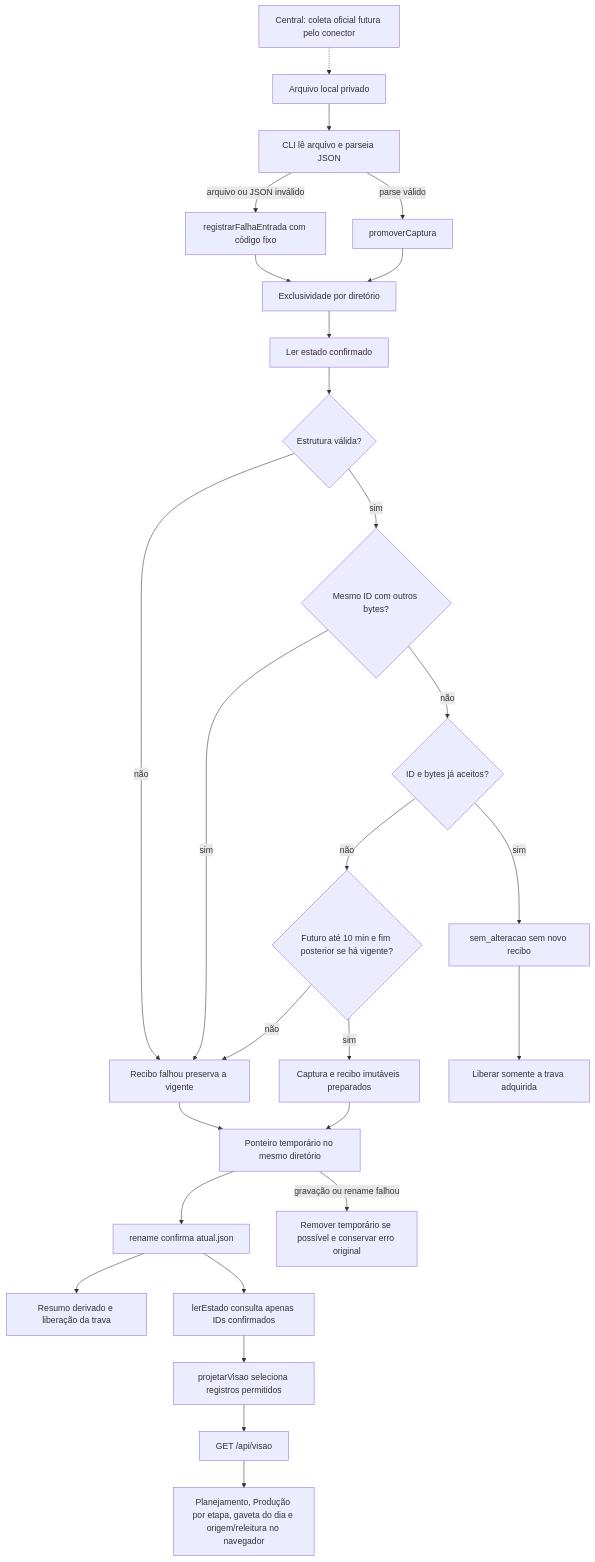
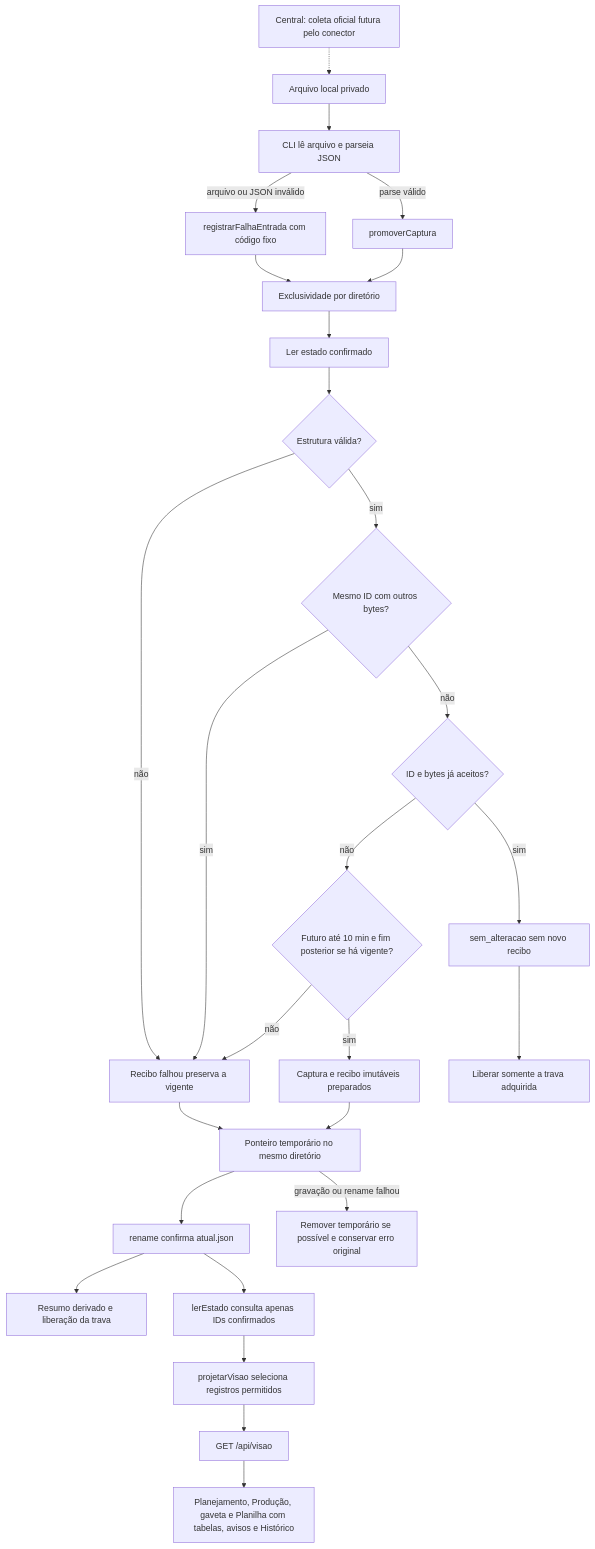
One commit to Browsher/crm-social changed the second of 4 diagrams in docs/architecture.md. Above: the diagram before and after it, drawn with Mermaid. The commit also changed other lines of this file and 19 other files, not shown here.

````diff
--- a/docs/architecture.md
+++ b/docs/architecture.md
@@ -45,29 +45,29 @@
 ```mermaid
 flowchart TD
   Central["Central: coleta oficial futura pelo conector"] -.-> JSON[Arquivo local privado]
   JSON --> CLI[CLI lê arquivo e parseia JSON]
   CLI -->|arquivo ou JSON inválido| Falha[registrarFalhaEntrada com código fixo]
   CLI -->|parse válido| Promover[promoverCaptura]
   Falha --> Lock[Exclusividade por diretório]
   Promover --> Lock
   Lock --> Estado[Ler estado confirmado]
   Estado --> Validar{Estrutura válida?}
   Validar -->|não| Rejeitar[Recibo falhou preserva a vigente]
   Validar -->|sim| Conflito{Mesmo ID com outros bytes?}
   Conflito -->|sim| Rejeitar
   Conflito -->|não| Aceita{ID e bytes já aceitos?}
   Aceita -->|sim| NoOp[sem_alteracao sem novo recibo]
   Aceita -->|não| Tempo{Futuro até 10 min e fim posterior se há vigente?}
   Tempo -->|não| Rejeitar
   Tempo -->|sim| Preparar[Captura e recibo imutáveis preparados]
   Rejeitar --> Ponteiro
   Preparar --> Ponteiro[Ponteiro temporário no mesmo diretório]
   Ponteiro --> Confirmar[rename confirma atual.json]
   Ponteiro -->|gravação ou rename falhou| Limpeza[Remover temporário se possível e conservar erro original]
   Confirmar --> Cache[Resumo derivado e liberação da trava]
   NoOp --> Liberar[Liberar somente a trava adquirida]
   Confirmar --> Ler[lerEstado consulta apenas IDs confirmados]
   Ler --> Projetar[projetarVisao seleciona registros permitidos]
   Projetar --> API[GET /api/visao]
-  API --> UI[Planejamento, Produção por etapa, gaveta do dia e origem/releitura no navegador]
+  API --> UI[Planejamento, Produção, gaveta e Planilha com tabelas, avisos e Histórico]
 ```
````
